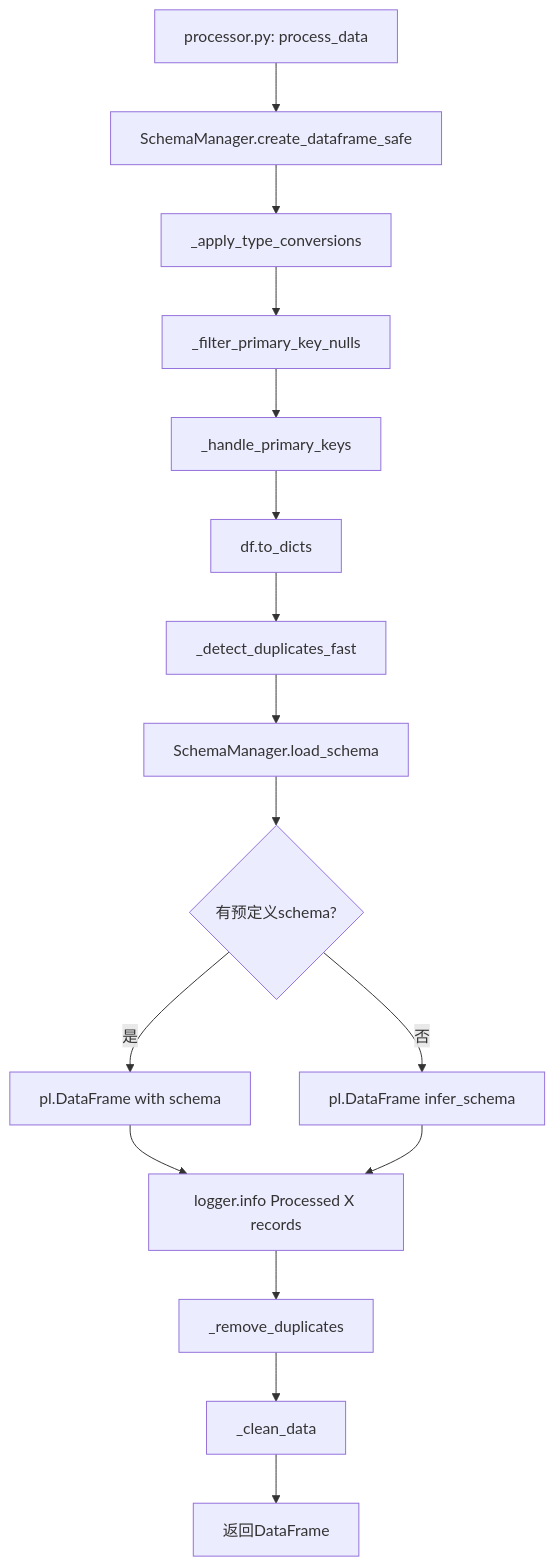
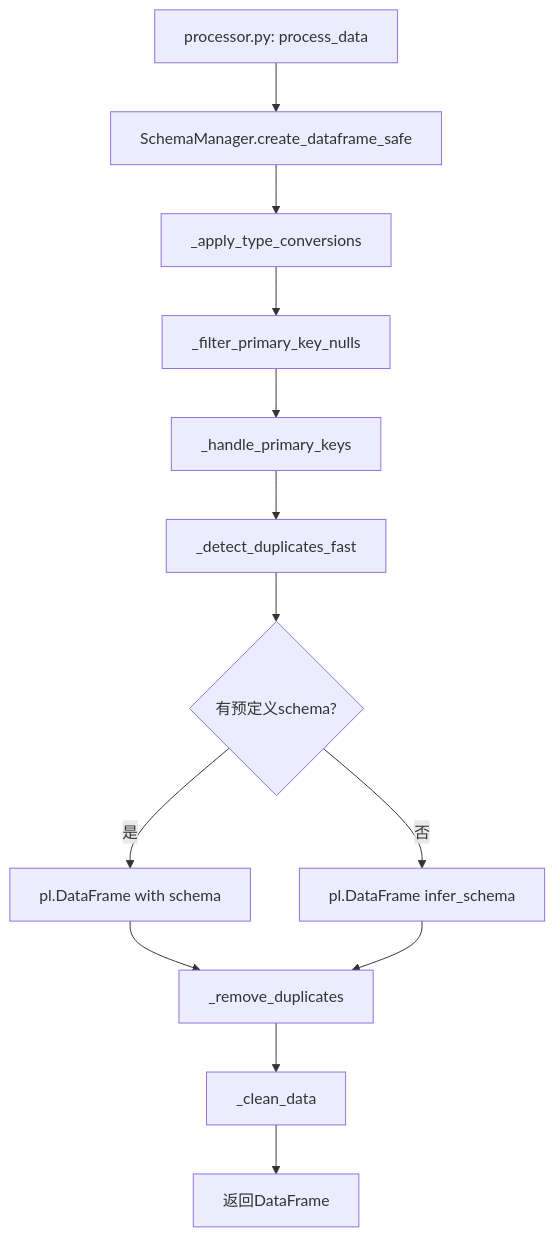
One commit to k2o333/quantaalpha changed diagram 12 of 17 in p/main_to_interface_flow.md. Above: the diagram before and after it, drawn with Mermaid. The commit also changed other lines of this file and 1 other file, not shown here.

````diff
--- a/p/main_to_interface_flow.md
+++ b/p/main_to_interface_flow.md
@@ -256,21 +406,17 @@
 ```mermaid
 graph TD
     A[processor.py: process_data] --> B[SchemaManager.create_dataframe_safe]
     B --> C[_apply_type_conversions]
     C --> D[_filter_primary_key_nulls]
     D --> E[_handle_primary_keys]
     
-    E --> F[df.to_dicts]
-    F --> G[_detect_duplicates_fast]
-    G --> H[SchemaManager.load_schema]
-    H --> I{有预定义schema?}
-    I -->|是| J[pl.DataFrame with schema]
-    I -->|否| K[pl.DataFrame infer_schema]
+    E --> F[_detect_duplicates_fast]
+    F --> G{有预定义schema?}
+    G -->|是| H[pl.DataFrame with schema]
+    G -->|否| I[pl.DataFrame infer_schema]
     
-    J --> L[logger.info Processed X records]
-    K --> L
-    
-    L --> M[_remove_duplicates]
-    M --> N[_clean_data]
-    N --> O[返回DataFrame]
+    H --> J[_remove_duplicates]
+    I --> J
+    J --> K[_clean_data]
+    K --> L[返回DataFrame]
 ```
````
